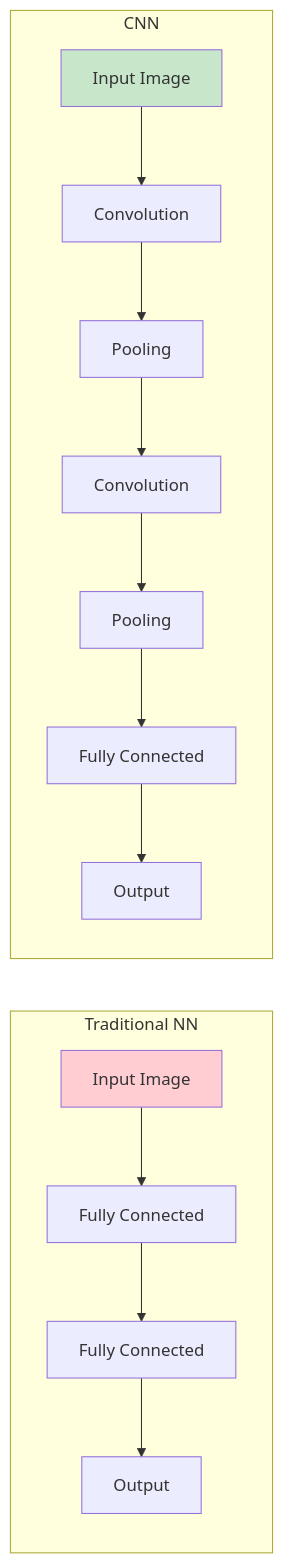
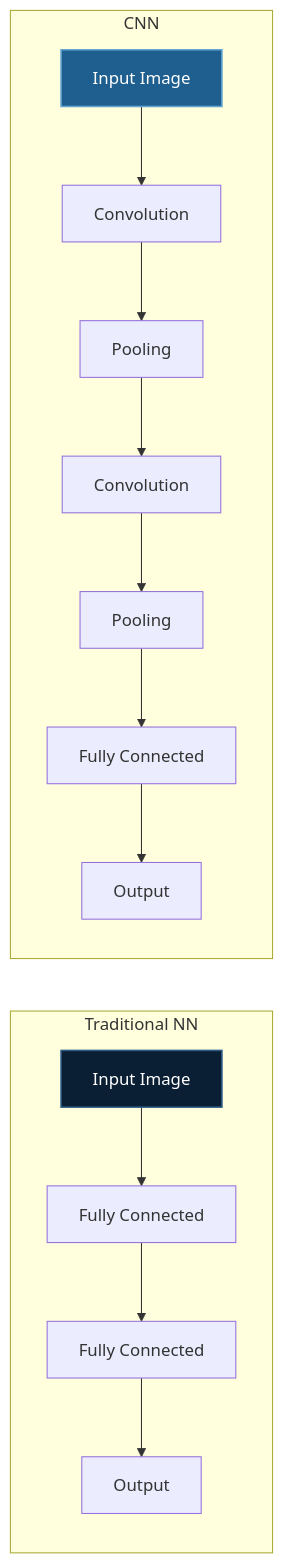
Before and after one commit to yiqiao-yin/deepspeed-course: the first of 14 diagrams in docusaurus-docs/docs/tutorials/basic/convnet.md, drawn with Mermaid. The commit also changed other lines of this file and 12 other files, not shown here.

````diff
--- a/docusaurus-docs/docs/tutorials/basic/convnet.md
+++ b/docusaurus-docs/docs/tutorials/basic/convnet.md
@@ -28,20 +28,20 @@
 ```mermaid
 flowchart LR
     subgraph "Traditional NN"
         I1[Input Image] --> FC1[Fully Connected]
         FC1 --> FC2[Fully Connected]
         FC2 --> O1[Output]
     end
 
     subgraph "CNN"
         I2[Input Image] --> C1[Convolution]
         C1 --> P1[Pooling]
         P1 --> C2[Convolution]
         C2 --> P2[Pooling]
         P2 --> FC[Fully Connected]
         FC --> O2[Output]
     end
 
-    style I1 fill:#ffcdd2
-    style I2 fill:#c8e6c9
+    style I1 fill:#0a1f33,stroke:#2d5a86,stroke-width:1.5px,color:#ffffff
+    style I2 fill:#1e5f8f,stroke:#63a3d0,stroke-width:1.5px,color:#ffffff
 ```
````
